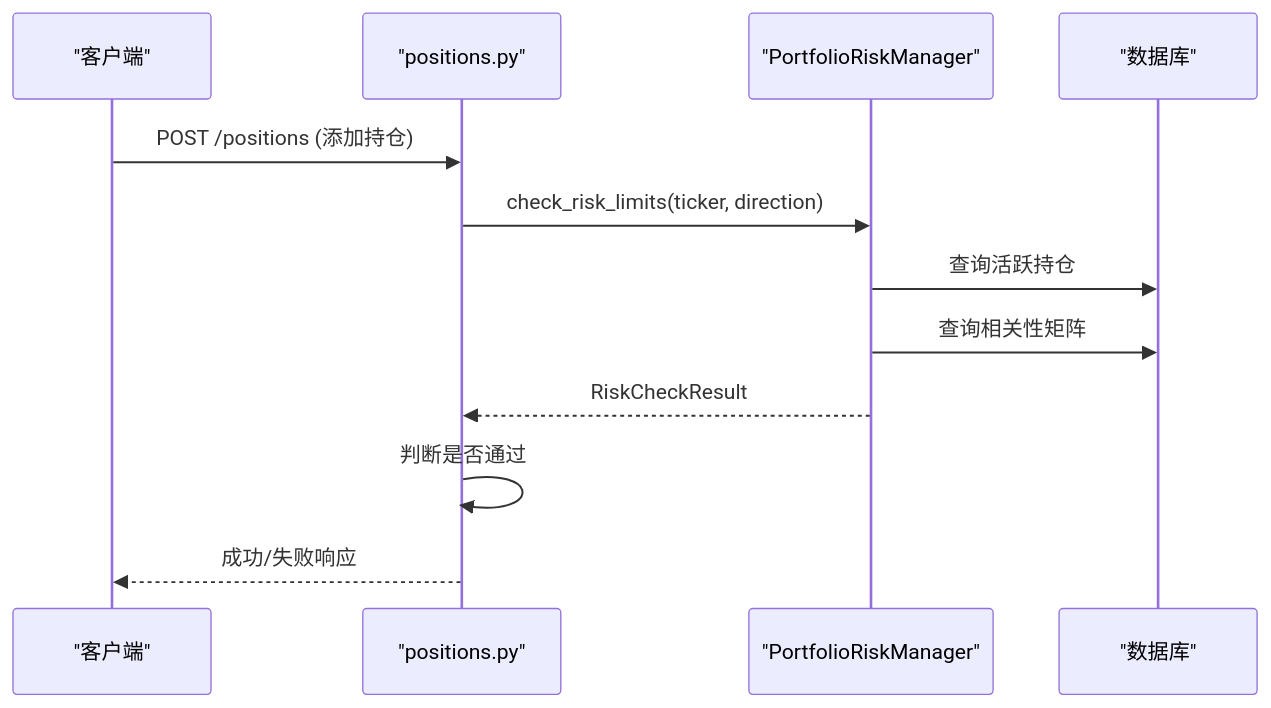
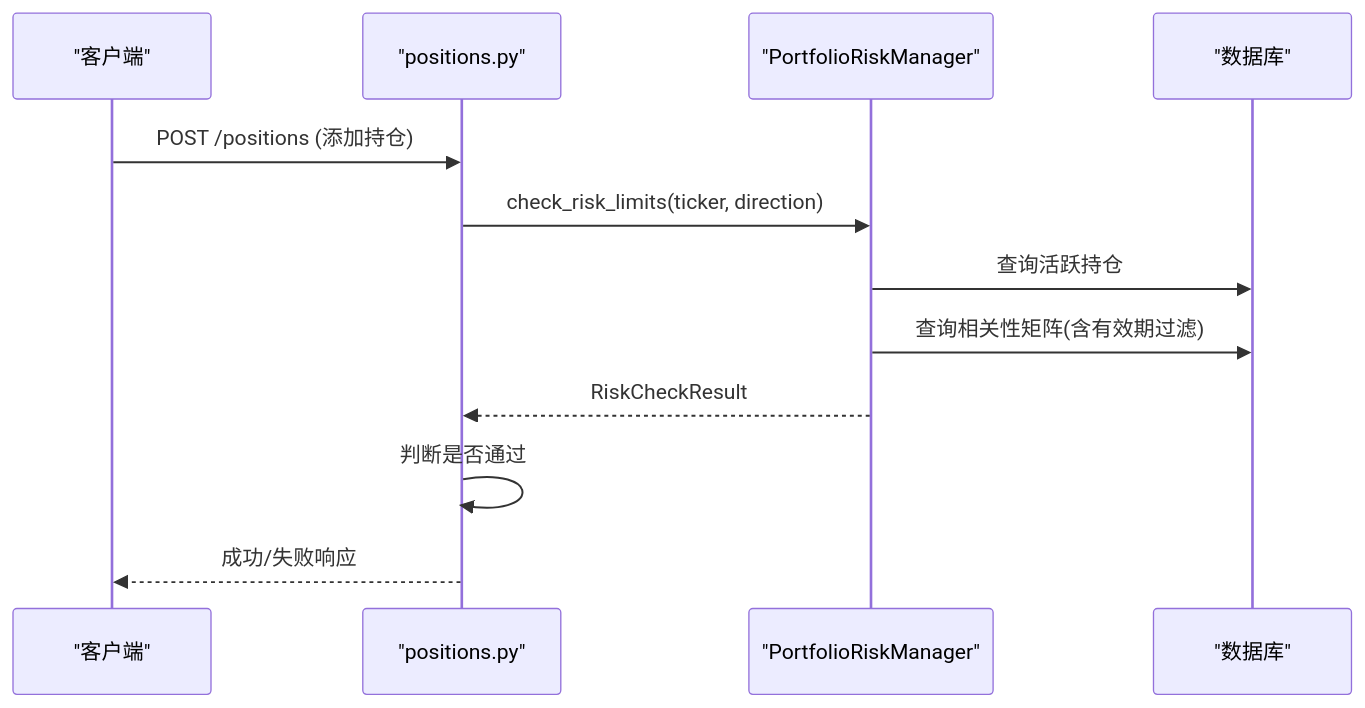
One commit to raymodny-ai/The-Modern-Turtle-Protocol changed the second of 7 diagrams in .qoder/repowiki/zh/content/核心功能模块/风险管理系统/投资组合风险控制.md. Above: the diagram before and after it, drawn with Mermaid. The commit also changed other lines of this file and 15 other files, not shown here.

````diff
--- a/.qoder/repowiki/zh/content/核心功能模块/风险管理系统/投资组合风险控制.md
+++ b/.qoder/repowiki/zh/content/核心功能模块/风险管理系统/投资组合风险控制.md
@@ -82,14 +97,14 @@
 ```mermaid
 sequenceDiagram
 participant Client as "客户端"
 participant API as "positions.py"
 participant RM as "PortfolioRiskManager"
 participant DB as "数据库"
 Client->>API : POST /positions (添加持仓)
 API->>RM : check_risk_limits(ticker, direction)
 RM->>DB : 查询活跃持仓
-RM->>DB : 查询相关性矩阵
+RM->>DB : 查询相关性矩阵(含有效期过滤)
 RM-->>API : RiskCheckResult
 API->>API : 判断是否通过
 API-->>Client : 成功/失败响应
 ```
````
